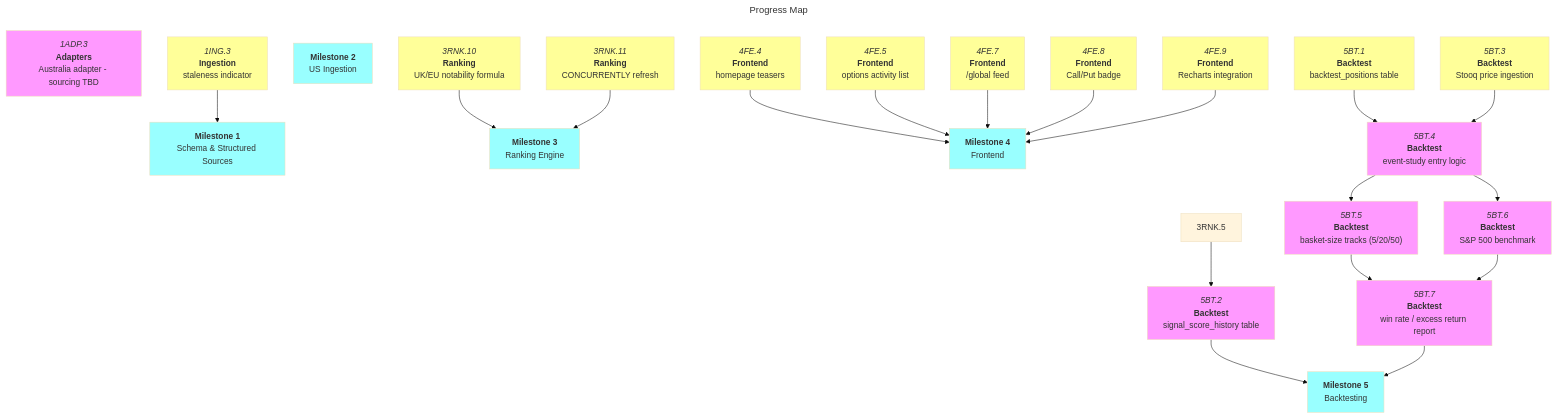
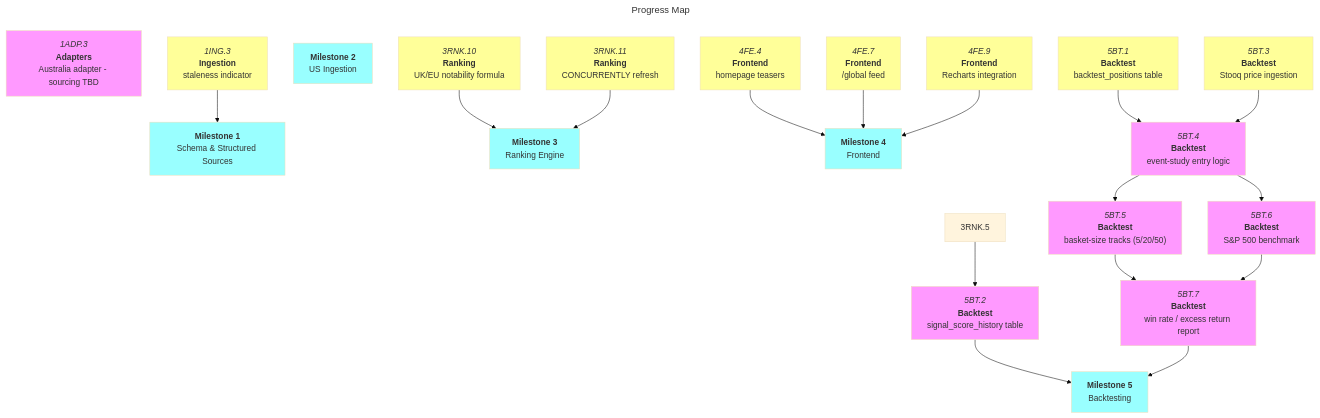
One commit to Oggie112/CrossBench changed the diagram in docs/roadmaps/mvp.md. Above: the diagram before and after it, drawn with Mermaid (base theme). The commit also changed other lines of this file and 3 other files, not shown here.

First line of the commit message:
feat(frontend): instrument-type badge + notable options activity list (4FE.5, 4FE.8)

````diff
--- a/docs/roadmaps/mvp.md
+++ b/docs/roadmaps/mvp.md
@@ -189,69 +189,63 @@
 ```mermaid
 ---
 title: Progress Map
 ---
 graph TD
 
 1ADP.3["`*1ADP.3*<br/>**Adapters**<br/>Australia adapter - sourcing TBD`"]:::blocked
 
 1ING.3["`*1ING.3*<br/>**Ingestion**<br/>staleness indicator`"]:::open
 
 m1["`**Milestone 1**<br/>Schema & Structured Sources`"]:::mile
 1ING.3 --> m1
 
 m2["`**Milestone 2**<br/>US Ingestion`"]:::mile
 
 3RNK.10["`*3RNK.10*<br/>**Ranking**<br/>UK/EU notability formula`"]:::open
 3RNK.10 --> m3
 
 3RNK.11["`*3RNK.11*<br/>**Ranking**<br/>CONCURRENTLY refresh`"]:::open
 3RNK.11 --> m3
 
 m3["`**Milestone 3**<br/>Ranking Engine`"]:::mile
 
 4FE.4["`*4FE.4*<br/>**Frontend**<br/>homepage teasers`"]:::open
 
-4FE.5["`*4FE.5*<br/>**Frontend**<br/>options activity list`"]:::open
-
 4FE.7["`*4FE.7*<br/>**Frontend**<br/>/global feed`"]:::open
-
-4FE.8["`*4FE.8*<br/>**Frontend**<br/>Call/Put badge`"]:::open
 
 4FE.9["`*4FE.9*<br/>**Frontend**<br/>Recharts integration`"]:::open
 
 m4["`**Milestone 4**<br/>Frontend`"]:::mile
 4FE.4 --> m4
-4FE.5 --> m4
 4FE.7 --> m4
-4FE.8 --> m4
 4FE.9 --> m4
 
 5BT.3["`*5BT.3*<br/>**Backtest**<br/>Stooq price ingestion`"]:::open
 
 5BT.1["`*5BT.1*<br/>**Backtest**<br/>backtest_positions table`"]:::open
 
 5BT.2["`*5BT.2*<br/>**Backtest**<br/>signal_score_history table`"]:::blocked
 3RNK.5 --> 5BT.2
 
 5BT.4["`*5BT.4*<br/>**Backtest**<br/>event-study entry logic`"]:::blocked
 5BT.1 --> 5BT.4
 5BT.3 --> 5BT.4
 
 5BT.5["`*5BT.5*<br/>**Backtest**<br/>basket-size tracks (5/20/50)`"]:::blocked
 5BT.4 --> 5BT.5
 
 5BT.6["`*5BT.6*<br/>**Backtest**<br/>S&P 500 benchmark`"]:::blocked
 5BT.4 --> 5BT.6
 
 5BT.7["`*5BT.7*<br/>**Backtest**<br/>win rate / excess return report`"]:::blocked
 5BT.5 --> 5BT.7
 5BT.6 --> 5BT.7
 
 m5["`**Milestone 5**<br/>Backtesting`"]:::mile
 5BT.2 --> m5
 5BT.7 --> m5
 
 classDef blocked fill:#f9f;
 classDef open fill:#ff9;
 classDef mile fill:#9ff;
 ```
````
